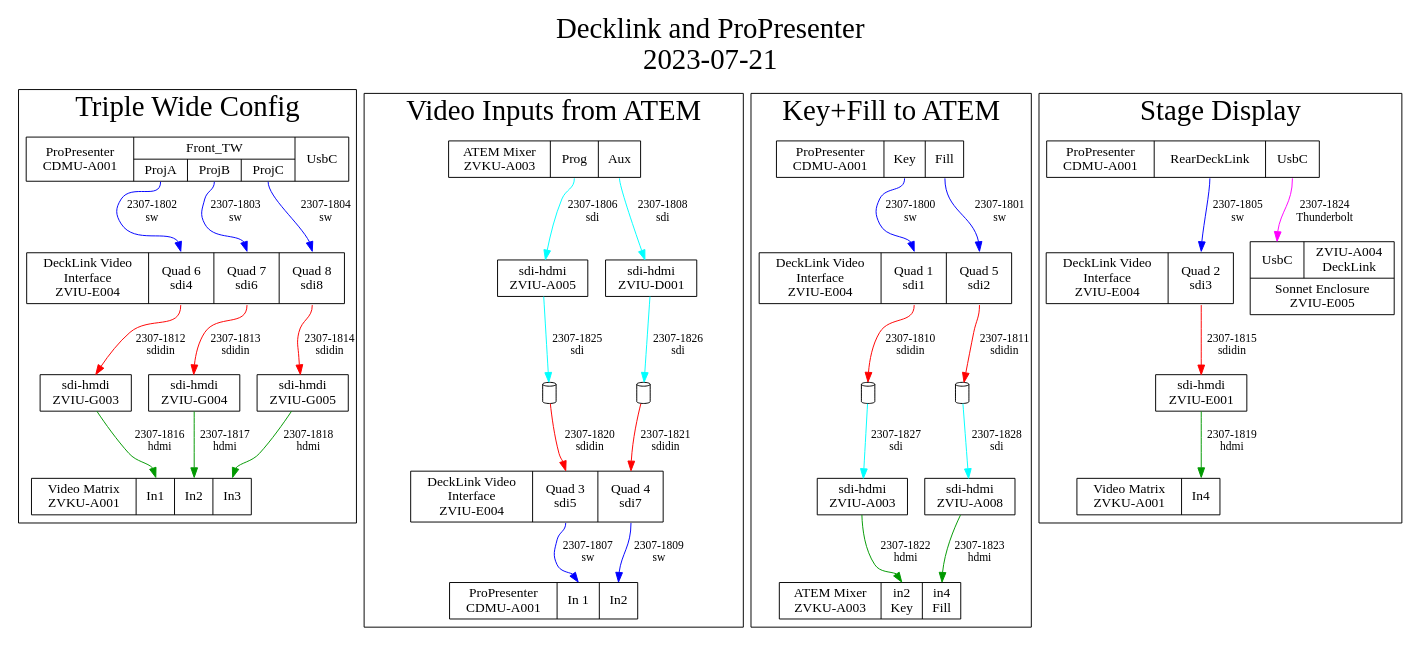
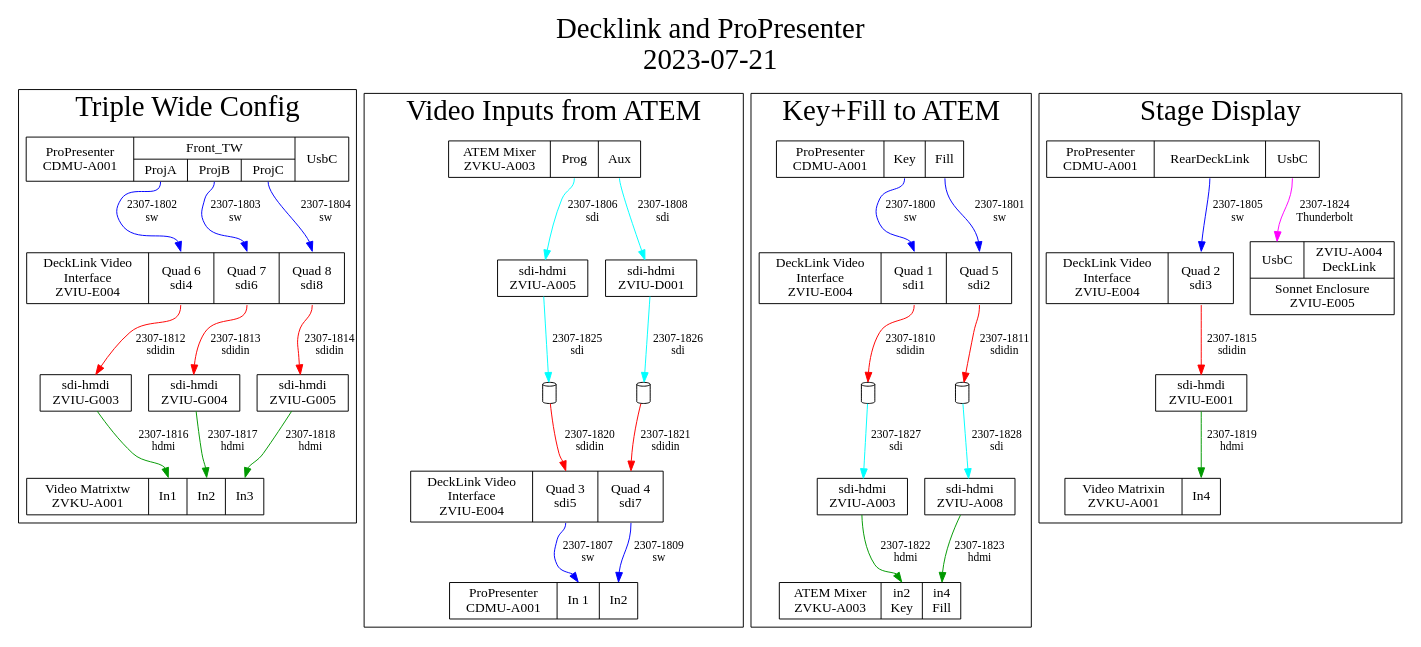
Before and after one commit to avmaint/uactechdoc: the diagram in gv/sdv-decklink_propresenter.gv, drawn with Graphviz. The commit also changed 10 other files, not shown here.

```diff
--- a/gv/sdv-decklink_propresenter.gv
+++ b/gv/sdv-decklink_propresenter.gv
@@ -1,185 +1,185 @@
 digraph TopologyDeckLink {
     labelloc=t
     label="Decklink and ProPresenter\n2023-07-21" fontsize="30"
     edge [style=dotted] 
     node [shape=box]
     //resolution=70 size= "22,17!"  ratio=fill
     //dot -Tpdf decklink_propresenter.gv >decklink_propresenter.pdf 
     
 subgraph cluster_triplewide {   
 	label="Triple Wide Config"
     
 zviue004tw [shape=record label="
  DeckLink Video\nInterface\nZVIU-E004 | 
 {{ 
   <c4> Quad 6\nsdi4
 | <c6> Quad 7\nsdi6
 | <c8> Quad 8\nsdi8 
 }
 }
 "];    
 
 cdmua001tw [shape=record label="
 ProPresenter\nCDMU-A001 
 |
 {{ 
  {  Front_TW | { <pa> ProjA  | <pb> ProjB | <pc> ProjC }   } 	
 	
 }}
 | { <tb> UsbC } 	
 "]; 
 
 zvkua001tw  [shape=record label="
-Video Matrix\nZVKU-A001
+Video Matrixtw\nZVKU-A001
 | <in1> In1
 | <in2> In2
 | <in3> In3
  "] 
  
 zviug003    [label="sdi-hmdi\nZVIU-G003"]
 zviug004    [label="sdi-hmdi\nZVIU-G004"]
 zviug005    [label="sdi-hmdi\nZVIU-G005"] 
 } //cluster_triplewide
 
 subgraph cluster_VideoInputs {
  label="Video Inputs from ATEM"
  
 zvkua003in   [shape=record label="
 ATEM Mixer\nZVKU-A003
 | { <prg> Prog}
 | { <aux> Aux}
 "] 
   
 zviua005 [label="sdi-hdmi\nZVIU-A005"]
 zviud001 [label="sdi-hdmi\nZVIU-D001"]
 
 zviue004in [shape=record label="
  DeckLink Video\nInterface\nZVIU-E004 | 
 {{ 
   <c5> Quad 3\nsdi5
 | <c7> Quad 4\nsdi7
 }} 
 "];  
  
 cdmua001in [shape=record label="
 ProPresenter\nCDMU-A001 
 | { { <in1> In 1  | <in2> In2 }    } 
 "];   
 
 b1820  [shape=cylinder width=0.2 height=0.3 label=""]
 b1821  [shape=cylinder width=0.2 height=0.3 label=""]
 } // cluster_VideoInputs
 
 subgraph cluster_KeyFill {
 	label="Key+Fill to ATEM"
 
 zvkua003a  [shape=record label="
 ATEM Mixer\nZVKU-A003
 | { <in2> in2\nKey}
 | { <in4> in4\nFill}
 "] 
 
 zviue004kf [shape=record label="
  DeckLink Video\nInterface\nZVIU-E004 | 
 {{ 
   <c1> Quad 1\nsdi1 
 | <c2> Quad 5\nsdi2
 }} 
 "];   
 
 cdmua001kf [shape=record label="
 ProPresenter\nCDMU-A001 
 | { { <k> Key  | <f> Fill }   }
 "];    
 
 zviua003 [label="sdi-hdmi\nZVIU-A003"]
 zviua008 [label="sdi-hdmi\nZVIU-A008"]
 b1810  [shape=cylinder width=0.2 height=0.3 label=""]
 b1811  [shape=cylinder width=0.2 height=0.3 label=""]
 } // cluster_KeyFill
     
 subgraph cluster_StageDisplay {    
 	label="Stage Display"
 
 cdmua001sd [shape=record label="
 ProPresenter\nCDMU-A001 
 | {   <sd> RearDeckLink } | { <tb> UsbC } 
 "];    
 
 zviue004sd [shape=record label="
  DeckLink Video\nInterface\nZVIU-E004 | 
 {{ 
   <c3> Quad 2\nsdi3 
 }} 
 "];   
 
 zvkua001in  [shape=record label="
-Video Matrix\nZVKU-A001
+Video Matrixin\nZVKU-A001
  | <in4> In4
 "] 
 
 zviue001 [label="sdi-hmdi\nZVIU-E001"]
 
 zviue005 [shape=record label="
 {
    {<usbc> UsbC
  | ZVIU-A004\nDeckLink
 }
 | Sonnet Enclosure\nZVIU-E005}"] 
 
 } // cluster_StageDisplay
 
 subgraph hdmi_edges {
 	edge [style=solid, color="#009900", fontsize="12pt" ]
 zviug003 -> zvkua001tw:in1 [label="2307-1816\nhdmi" ]
 zviug004 -> zvkua001tw:in2 [label="2307-1817\nhdmi" ]
 zviug005 -> zvkua001tw:in3 [label="2307-1818\nhdmi" ]
 zviue001 -> zvkua001in:in4 [label="2307-1819\nhdmi" ]
 zviua003 -> zvkua003a:in2  [label="2307-1822\nhdmi" ]
 zviua008 -> zvkua003a:in4  [label="2307-1823\nhdmi" ]
 }
 
 subgraph sdi_edges {
 	edge [style=solid, color="cyan", fontsize="12pt" ]
 zvkua003in :prg    -> zviua005  [label="2307-1806\nsdi" ] 
 zvkua003in :aux    -> zviud001  [label="2307-1808\nsdi" ] 
 
 zviua005 -> b1820 [label="2307-1825\nsdi" ] 
 zviud001 -> b1821 [label="2307-1826\nsdi" ]
 
 b1810 -> zviua003 [label="2307-1827\nsdi" ]
 b1811 -> zviua008 [label="2307-1828\nsdi" ]
 }
 
 subgraph sdidin_edges {
 	edge [style=solid, color="red", fontsize="12pt" ]
 
 zviue004kf:c1      -> b1810 [label="2307-1810\nsdidin" ]
 zviue004kf:c2      -> b1811 [label="2307-1811\nsdidin" ]
 zviue004tw:c4      -> zviug003  [label="2307-1812\nsdidin" ]
 zviue004tw:c6      -> zviug004  [label="2307-1813\nsdidin" ]
 zviue004tw:c8      -> zviug005  [label="2307-1814\nsdidin" ]
 zviue004sd:c3      -> zviue001  [label="2307-1815\nsdidin" ]
 
 b1820     -> zviue004in:c5  [label="2307-1820\nsdidin" ]
 b1821     -> zviue004in:c7  [label="2307-1821\nsdidin" ]
 }
 
 subgraph sw_edges { 
 	edge [style="solid", color="blue" fontsize="12pt"]
 cdmua001kf:k  -> zviue004kf:c1   [label="2307-1800\nsw" ]
 cdmua001kf:f  -> zviue004kf:c2   [label="2307-1801\nsw" ]
 cdmua001tw:pa -> zviue004tw:c4   [label="2307-1802\nsw" ]
 cdmua001tw:pb -> zviue004tw:c6   [label="2307-1803\nsw" ]
 cdmua001tw:pc -> zviue004tw:c8   [label="2307-1804\nsw" ]
 cdmua001sd:sd -> zviue004sd:c3   [label="2307-1805\nsw" ]
 zviue004in:c5  -> cdmua001in:in1 [label="2307-1807\nsw" ]
 zviue004in:c7  -> cdmua001in:in2 [label="2307-1809\nsw" ]
 }
  
 subgraph tb_edges { 
 	edge [style="solid", color="magenta" fontsize="12pt"]
 cdmua001sd:tb -> zviue005:usbc  [label="2307-1824\nThunderbolt"]
 } 
 
 }
```
